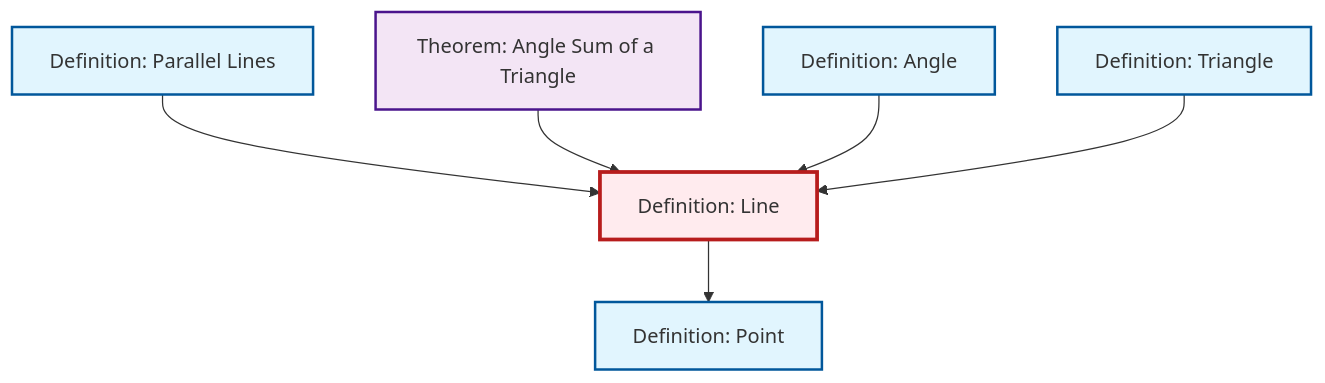
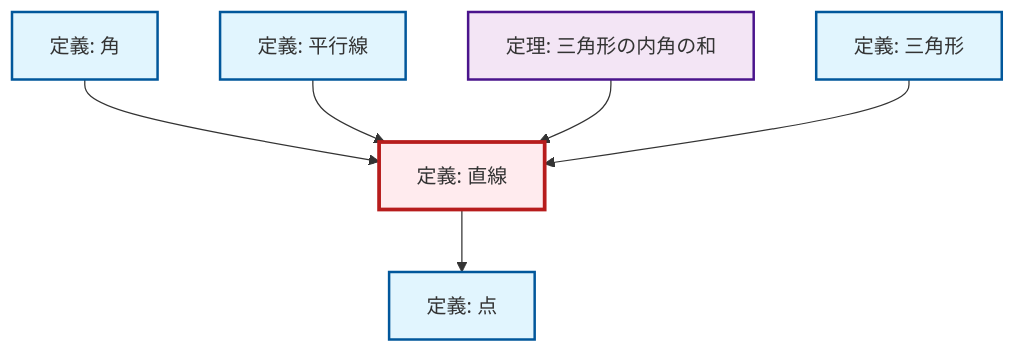
One commit to RK0429/ModernMath changed the diagram in content/ja/geometry/def-line.qmd. Above: the diagram before and after it, drawn with Mermaid. The commit also changed 1069 other files, not shown here.

````diff
--- a/content/ja/geometry/def-line.qmd
+++ b/content/ja/geometry/def-line.qmd
@@ -46,26 +46,26 @@
 ```{mermaid}
 %%| fig-cap: "Local dependency graph"
 graph TD
     classDef definition fill:#e1f5fe,stroke:#01579b,stroke-width:2px
     classDef theorem fill:#f3e5f5,stroke:#4a148c,stroke-width:2px
     classDef axiom fill:#fff3e0,stroke:#e65100,stroke-width:2px
     classDef example fill:#e8f5e9,stroke:#1b5e20,stroke-width:2px
     classDef current fill:#ffebee,stroke:#b71c1c,stroke-width:3px
-    def-parallel["Definition: Parallel Lines"]:::definition
-    def-line["Definition: Line"]:::definition
-    def-point["Definition: Point"]:::definition
-    def-triangle["Definition: Triangle"]:::definition
-    thm-angle-sum-triangle["Theorem: Angle Sum of a Triangle"]:::theorem
-    def-angle["Definition: Angle"]:::definition
+    def-line["定義: 直線"]:::definition
+    def-triangle["定義: 三角形"]:::definition
+    def-parallel["定義: 平行線"]:::definition
+    def-point["定義: 点"]:::definition
+    def-angle["定義: 角"]:::definition
+    thm-angle-sum-triangle["定理: 三角形の内角の和"]:::theorem
+    def-angle --> def-line
+    def-line --> def-point
     def-parallel --> def-line
     thm-angle-sum-triangle --> def-line
-    def-angle --> def-line
-    def-line --> def-point
     def-triangle --> def-line
     class def-line current
-    click def-parallel "def-parallel.html" "Definition: Parallel Linesへ"
-    click def-point "def-point.html" "Definition: Pointへ"
-    click def-triangle "def-triangle.html" "Definition: Triangleへ"
-    click thm-angle-sum-triangle "thm-angle-sum-triangle.html" "Theorem: Angle Sum of a Triangleへ"
-    click def-angle "def-angle.html" "Definition: Angleへ"
+    click def-triangle "def-triangle.html" "三角形の定義へ"
+    click def-parallel "def-parallel.html" "平行線の定義へ"
+    click def-point "def-point.html" "点の定義へ"
+    click def-angle "def-angle.html" "角の定義へ"
+    click thm-angle-sum-triangle "thm-angle-sum-triangle.html" "三角形の内角の和の定理へ"
 ```
````
